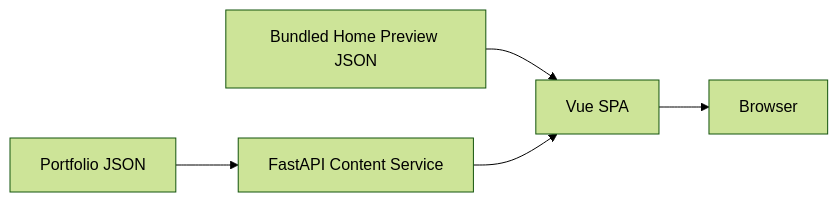
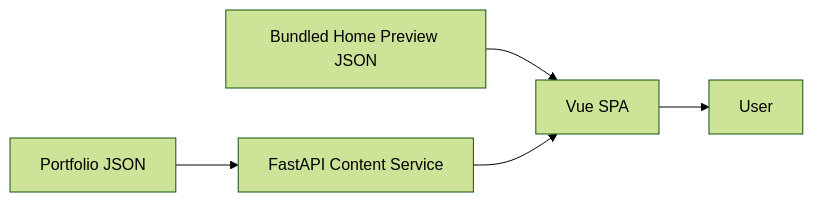
Before and after one commit to TsengYuanChe/PersonalWeb_FastAPI_Vue: the diagram in README.md, drawn with Mermaid (forest theme). The commit also changed other lines of this file, not shown here.

````diff
--- a/README.md
+++ b/README.md
@@ -38,7 +38,7 @@
 ```mermaid
 flowchart LR
     HomeJSON[Bundled Home Preview JSON] --> Frontend[Vue SPA]
     PortfolioJSON[Portfolio JSON] --> Backend[FastAPI Content Service]
     Backend --> Frontend
-    Frontend --> Browser
+    Frontend --> User
 ```
````
